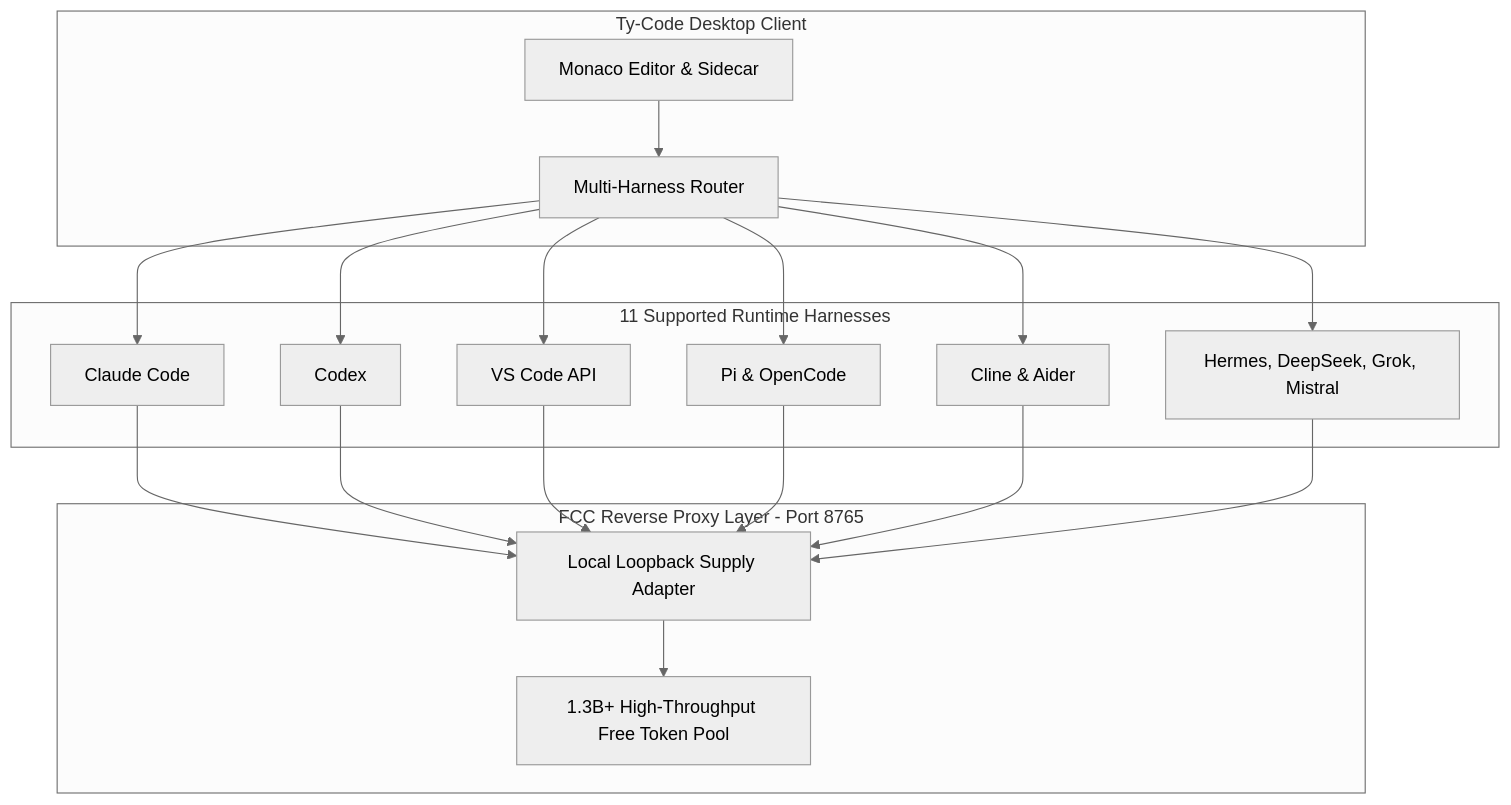
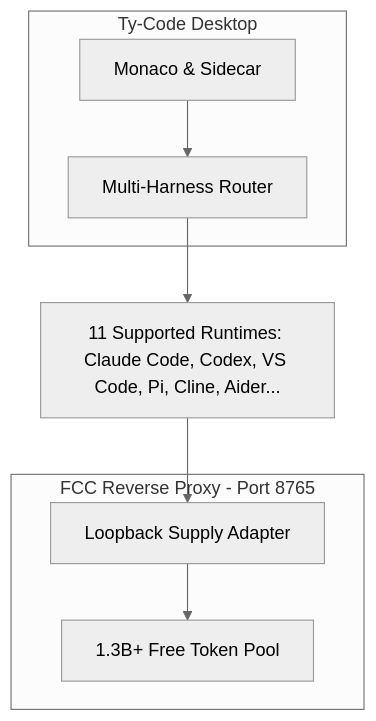
The second of 2 diagrams in docs/INVESTOR-PITCH-DECK.md (JTyrell/Ty-Code), drawn with Mermaid (neutral theme) before and after one commit. The commit also changed other lines of this file and 12 other files, not shown here.

````diff
--- a/docs/INVESTOR-PITCH-DECK.md
+++ b/docs/INVESTOR-PITCH-DECK.md
@@ -268,23 +270,10 @@
 ```mermaid
 graph TD
-    subgraph Client [Ty-Code Desktop Client]
-        IDE[Monaco Editor & Sidecar]
-        ROUTER[Multi-Harness Router]
+    subgraph Client [Ty-Code Desktop]
+        IDE[Monaco & Sidecar] --> ROUTER[Multi-Harness Router]
     end
-    subgraph Runtimes [11 Supported Runtime Harnesses]
-        H1[Claude Code]
-        H2[Codex]
-        H3[VS Code API]
-        H4[Pi & OpenCode]
-        H5[Cline & Aider]
-        H6[Hermes, DeepSeek, Grok, Mistral]
+    subgraph Supply [FCC Reverse Proxy - Port 8765]
+        PROXY[Loopback Supply Adapter] --> POOL[1.3B+ Free Token Pool]
     end
-    subgraph Supply [FCC Reverse Proxy Layer - Port 8765]
-        PROXY[Local Loopback Supply Adapter]
-        POOL[1.3B+ High-Throughput Free Token Pool]
-    end
-    IDE --> ROUTER
-    ROUTER --> H1 & H2 & H3 & H4 & H5 & H6
-    H1 & H2 & H3 & H4 & H5 & H6 --> PROXY
-    PROXY --> POOL
+    ROUTER --> RUNTIMES[11 Supported Runtimes: Claude Code, Codex, VS Code, Pi, Cline, Aider...] --> PROXY
 ```
````
